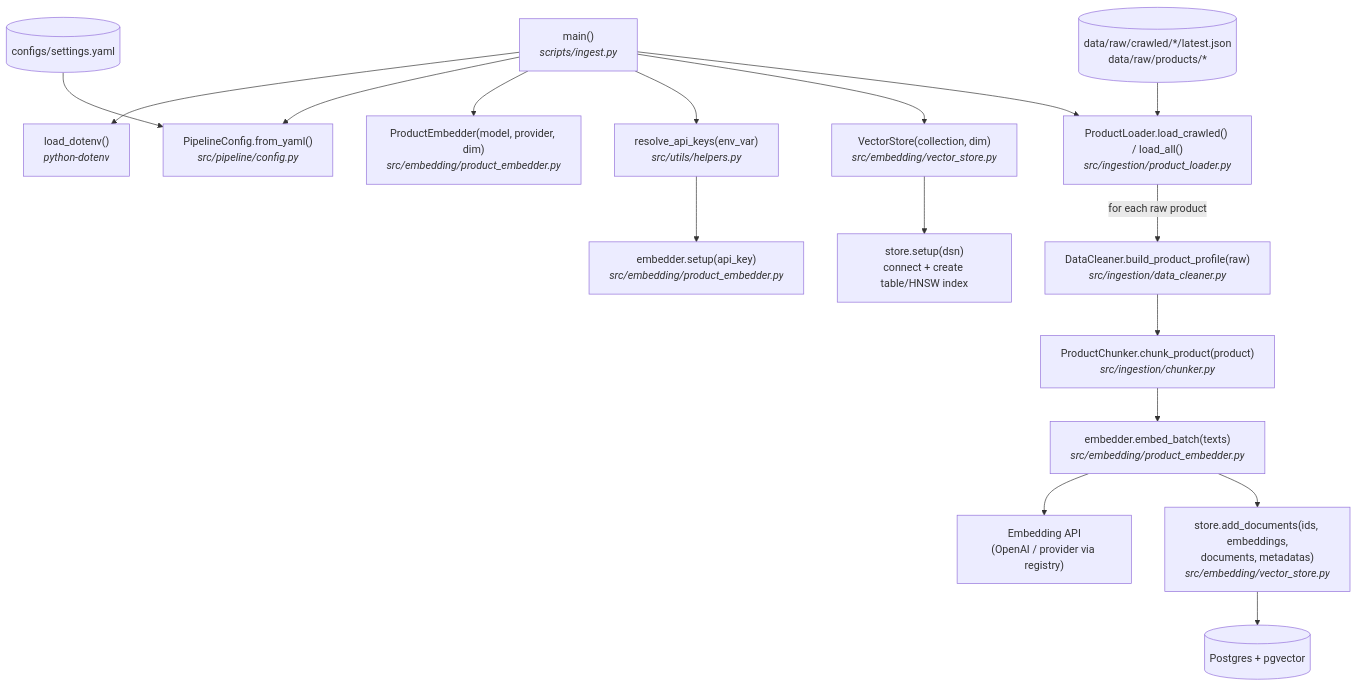
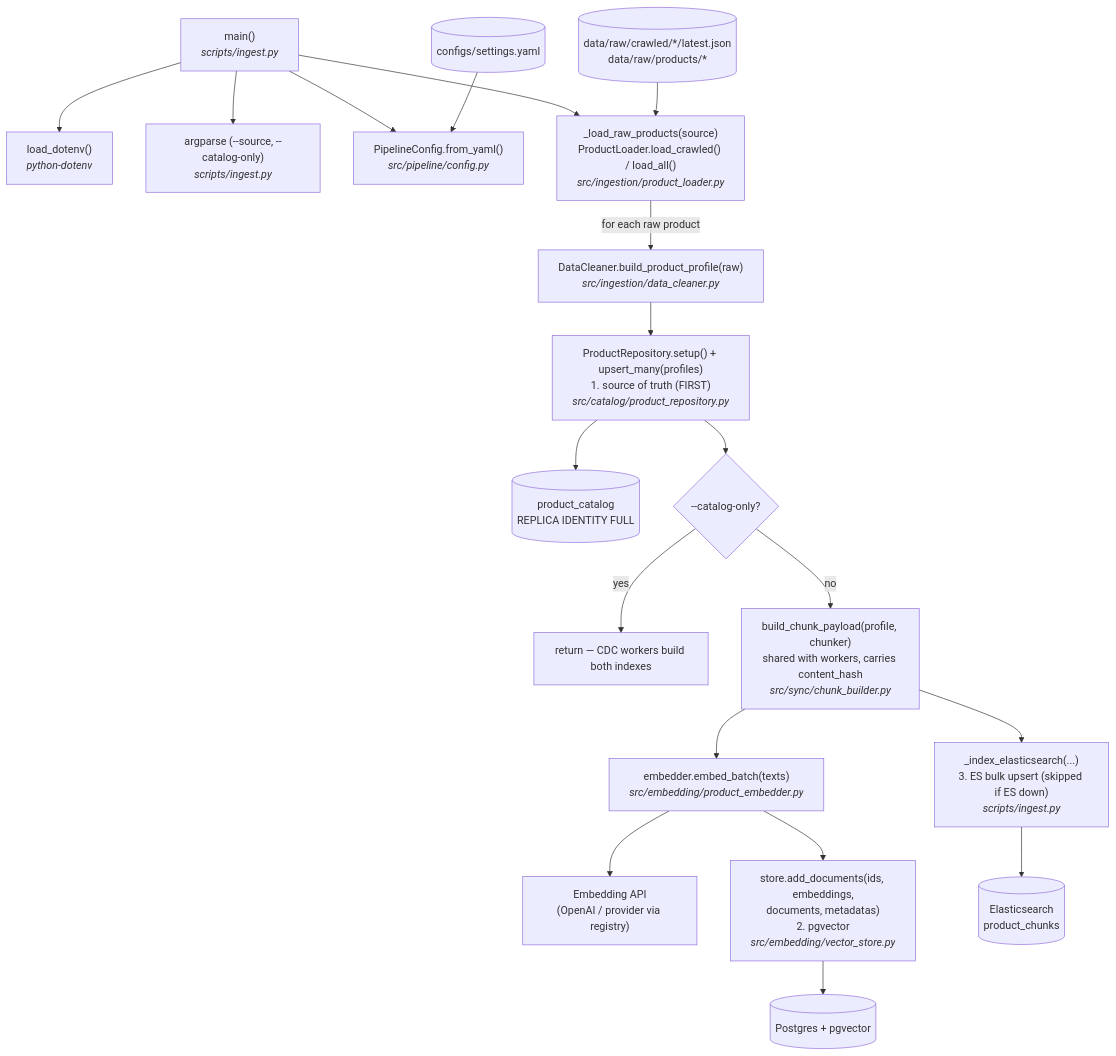
Before and after one commit to nxhawk/techscout-rag-recommend: the diagram in docs/scripts/ingest.md, drawn with Mermaid. The commit also changed other lines of this file and 28 other files, not shown here.

````diff
--- a/docs/scripts/ingest.md
+++ b/docs/scripts/ingest.md
@@ -14,25 +25,26 @@
 ```mermaid
 flowchart TB
     MAIN["main()<br/><i>scripts/ingest.py</i>"] --> ENV["load_dotenv()<br/><i>python-dotenv</i>"]
+    MAIN --> ARGS["argparse (--source, --catalog-only)<br/><i>scripts/ingest.py</i>"]
     MAIN --> CFG["PipelineConfig.from_yaml()<br/><i>src/pipeline/config.py</i>"]
     YAML[("configs/settings.yaml")] --> CFG
 
-    MAIN --> EMB["ProductEmbedder(model, provider, dim)<br/><i>src/embedding/product_embedder.py</i>"]
-    MAIN --> KEYS["resolve_api_keys(env_var)<br/><i>src/utils/helpers.py</i>"]
-    KEYS --> SETUP["embedder.setup(api_key)<br/><i>src/embedding/product_embedder.py</i>"]
+    MAIN --> LOAD["_load_raw_products(source)<br/>ProductLoader.load_crawled() / load_all()<br/><i>src/ingestion/product_loader.py</i>"]
+    RAW[("data/raw/crawled/*/latest.json<br/>data/raw/products/*")] --> LOAD
+    LOAD -->|"for each raw product"| CLEAN["DataCleaner.build_product_profile(raw)<br/><i>src/ingestion/data_cleaner.py</i>"]
 
-    MAIN --> VS["VectorStore(collection, dim)<br/><i>src/embedding/vector_store.py</i>"]
-    VS --> VSSETUP["store.setup(dsn)<br/>connect + create table/HNSW index"]
+    CLEAN --> REPO["ProductRepository.setup() + upsert_many(profiles)<br/>1. source of truth (FIRST)<br/><i>src/catalog/product_repository.py</i>"]
+    REPO --> CAT[("product_catalog<br/>REPLICA IDENTITY FULL")]
 
-    MAIN --> LOAD["ProductLoader.load_crawled() / load_all()<br/><i>src/ingestion/product_loader.py</i>"]
-    RAW[("data/raw/crawled/*/latest.json<br/>data/raw/products/*")] --> LOAD
+    REPO --> ONLY{"--catalog-only?"}
+    ONLY -->|"yes"| STOP["return — CDC workers build both indexes"]
 
-    LOAD -->|"for each raw product"| CLEAN["DataCleaner.build_product_profile(raw)<br/><i>src/ingestion/data_cleaner.py</i>"]
-    CLEAN --> CHUNK["ProductChunker.chunk_product(product)<br/><i>src/ingestion/chunker.py</i>"]
+    ONLY -->|"no"| PAY["build_chunk_payload(profile, chunker)<br/>shared with workers, carries content_hash<br/><i>src/sync/chunk_builder.py</i>"]
+    PAY --> BATCH["embedder.embed_batch(texts)<br/><i>src/embedding/product_embedder.py</i>"]
+    BATCH --> API["Embedding API<br/>(OpenAI / provider via registry)"]
+    BATCH --> ADD["store.add_documents(ids, embeddings,<br/>documents, metadatas)<br/>2. pgvector<br/><i>src/embedding/vector_store.py</i>"]
+    ADD --> PGV[("Postgres + pgvector")]
 
-    CHUNK --> BATCH["embedder.embed_batch(texts)<br/><i>src/embedding/product_embedder.py</i>"]
-    BATCH --> API["Embedding API<br/>(OpenAI / provider via registry)"]
-
-    BATCH --> ADD["store.add_documents(ids, embeddings,<br/>documents, metadatas)<br/><i>src/embedding/vector_store.py</i>"]
-    ADD --> DB[("Postgres + pgvector")]
+    PAY --> ESIDX["_index_elasticsearch(...)<br/>3. ES bulk upsert (skipped if ES down)<br/><i>scripts/ingest.py</i>"]
+    ESIDX --> ES[("Elasticsearch<br/>product_chunks")]
 ```
````
